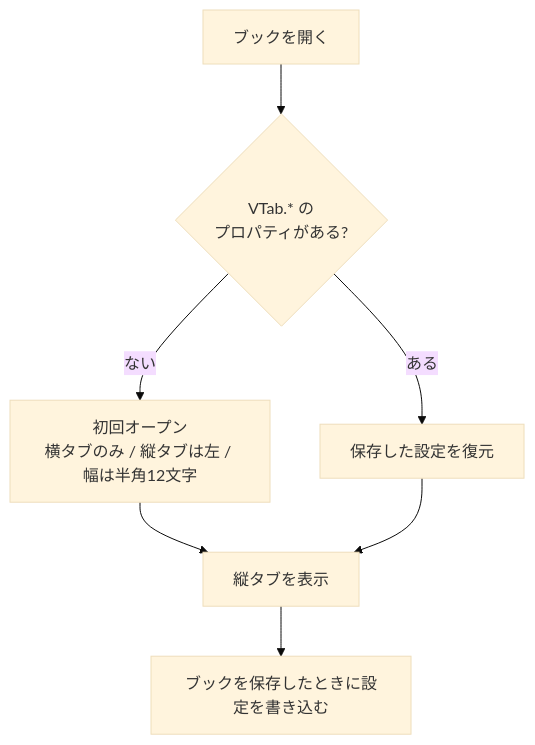
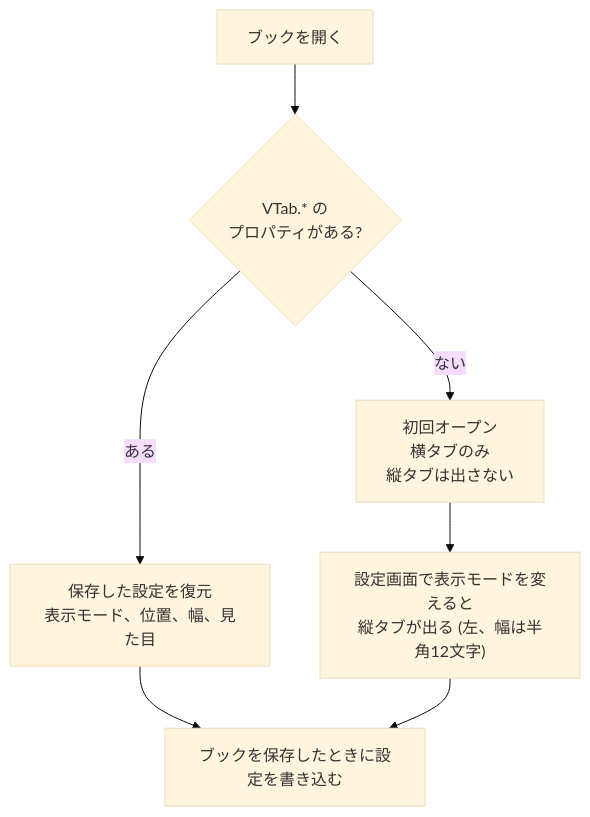
The fourth of 4 diagrams in README.md (nk-taka623/VerticalSheetTabs), drawn with Mermaid (base theme) before and after one commit. The commit also changed other lines of this file and 7 other files, not shown here.

````diff
--- a/README.md
+++ b/README.md
@@ -588,9 +594,9 @@
 ```mermaid
 flowchart TD
     A[ブックを開く] --> B{VTab.* の<br/>プロパティがある?}
-    B -- ない --> C[初回オープン<br/>横タブのみ / 縦タブは左 / 幅は半角12文字]
-    B -- ある --> D[保存した設定を復元]
-    C --> E[縦タブを表示]
-    D --> E
+    B -- ない --> C[初回オープン<br/>横タブのみ<br/>縦タブは出さない]
+    B -- ある --> D[保存した設定を復元<br/>表示モード、位置、幅、見た目]
+    C --> E["設定画面で表示モードを変えると<br/>縦タブが出る (左、幅は半角12文字)"]
+    D --> F
     E --> F[ブックを保存したときに設定を書き込む]
 ```
````
